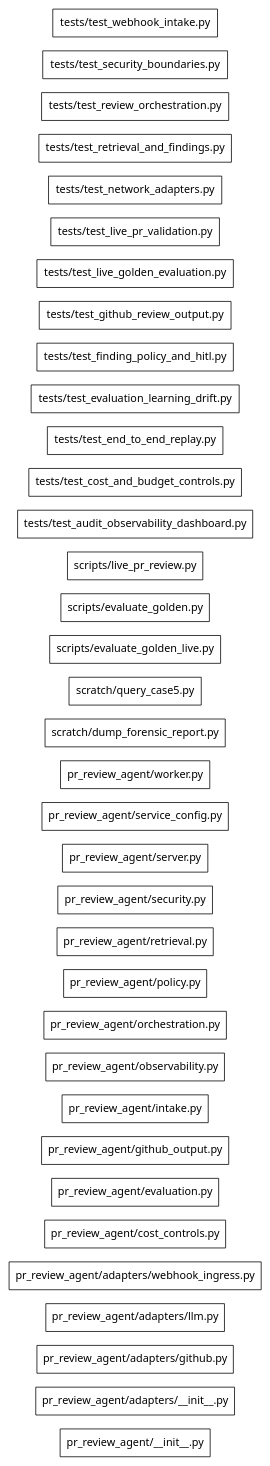
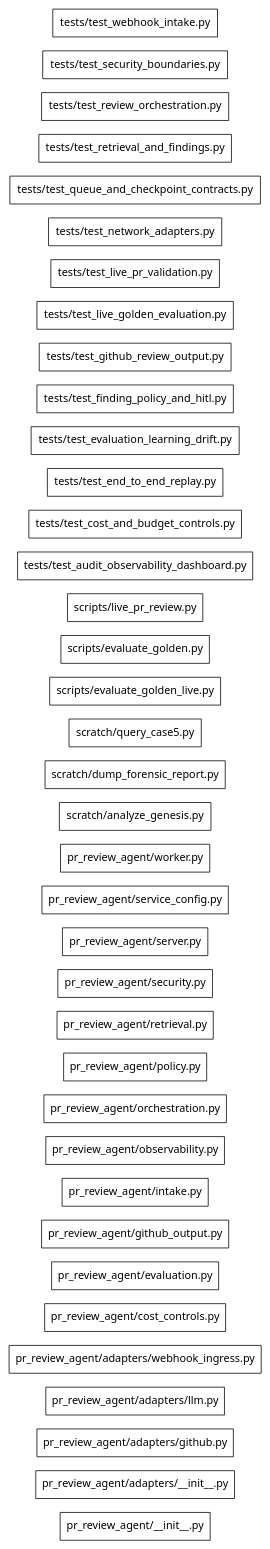
One commit to Ayush-Kant/PR-Review-Agent changed the diagram in .genesis/index/graph.dot. Above: the diagram before and after it, drawn with Graphviz. The commit also changed 11 other files, not shown here.

```diff
--- a/.genesis/index/graph.dot
+++ b/.genesis/index/graph.dot
@@ -1,40 +1,42 @@
 digraph genesis {
   rankdir=LR;
   node [shape=box,fontname="system-ui"];
   "file:pr_review_agent/__init__.py" [label="pr_review_agent/__init__.py",class="file"];
   "file:pr_review_agent/adapters/__init__.py" [label="pr_review_agent/adapters/__init__.py",class="file"];
   "file:pr_review_agent/adapters/github.py" [label="pr_review_agent/adapters/github.py",class="file"];
   "file:pr_review_agent/adapters/llm.py" [label="pr_review_agent/adapters/llm.py",class="file"];
   "file:pr_review_agent/adapters/webhook_ingress.py" [label="pr_review_agent/adapters/webhook_ingress.py",class="file"];
   "file:pr_review_agent/cost_controls.py" [label="pr_review_agent/cost_controls.py",class="file"];
   "file:pr_review_agent/evaluation.py" [label="pr_review_agent/evaluation.py",class="file"];
   "file:pr_review_agent/github_output.py" [label="pr_review_agent/github_output.py",class="file"];
   "file:pr_review_agent/intake.py" [label="pr_review_agent/intake.py",class="file"];
   "file:pr_review_agent/observability.py" [label="pr_review_agent/observability.py",class="file"];
   "file:pr_review_agent/orchestration.py" [label="pr_review_agent/orchestration.py",class="file"];
   "file:pr_review_agent/policy.py" [label="pr_review_agent/policy.py",class="file"];
   "file:pr_review_agent/retrieval.py" [label="pr_review_agent/retrieval.py",class="file"];
   "file:pr_review_agent/security.py" [label="pr_review_agent/security.py",class="file"];
   "file:pr_review_agent/server.py" [label="pr_review_agent/server.py",class="file"];
   "file:pr_review_agent/service_config.py" [label="pr_review_agent/service_config.py",class="file"];
   "file:pr_review_agent/worker.py" [label="pr_review_agent/worker.py",class="file"];
+  "file:scratch/analyze_genesis.py" [label="scratch/analyze_genesis.py",class="file"];
   "file:scratch/dump_forensic_report.py" [label="scratch/dump_forensic_report.py",class="file"];
   "file:scratch/query_case5.py" [label="scratch/query_case5.py",class="file"];
   "file:scripts/evaluate_golden_live.py" [label="scripts/evaluate_golden_live.py",class="file"];
   "file:scripts/evaluate_golden.py" [label="scripts/evaluate_golden.py",class="file"];
   "file:scripts/live_pr_review.py" [label="scripts/live_pr_review.py",class="file"];
   "file:tests/test_audit_observability_dashboard.py" [label="tests/test_audit_observability_dashboard.py",class="file"];
   "file:tests/test_cost_and_budget_controls.py" [label="tests/test_cost_and_budget_controls.py",class="file"];
   "file:tests/test_end_to_end_replay.py" [label="tests/test_end_to_end_replay.py",class="file"];
   "file:tests/test_evaluation_learning_drift.py" [label="tests/test_evaluation_learning_drift.py",class="file"];
   "file:tests/test_finding_policy_and_hitl.py" [label="tests/test_finding_policy_and_hitl.py",class="file"];
   "file:tests/test_github_review_output.py" [label="tests/test_github_review_output.py",class="file"];
   "file:tests/test_live_golden_evaluation.py" [label="tests/test_live_golden_evaluation.py",class="file"];
   "file:tests/test_live_pr_validation.py" [label="tests/test_live_pr_validation.py",class="file"];
   "file:tests/test_network_adapters.py" [label="tests/test_network_adapters.py",class="file"];
+  "file:tests/test_queue_and_checkpoint_contracts.py" [label="tests/test_queue_and_checkpoint_contracts.py",class="file"];
   "file:tests/test_retrieval_and_findings.py" [label="tests/test_retrieval_and_findings.py",class="file"];
   "file:tests/test_review_orchestration.py" [label="tests/test_review_orchestration.py",class="file"];
   "file:tests/test_security_boundaries.py" [label="tests/test_security_boundaries.py",class="file"];
   "file:tests/test_webhook_intake.py" [label="tests/test_webhook_intake.py",class="file"];
 
 }
```
